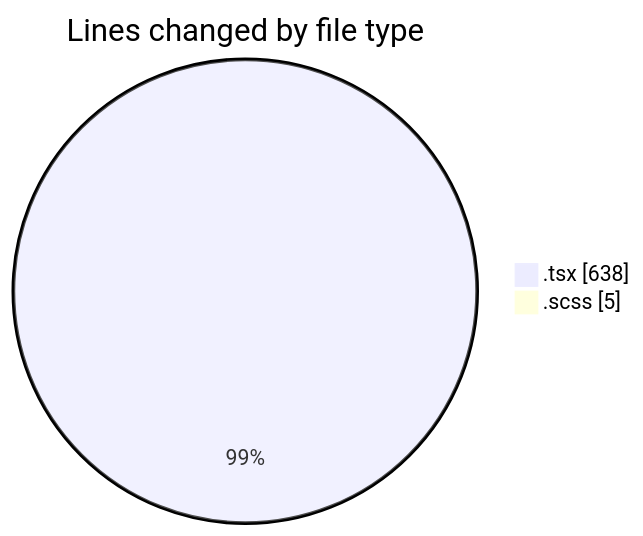
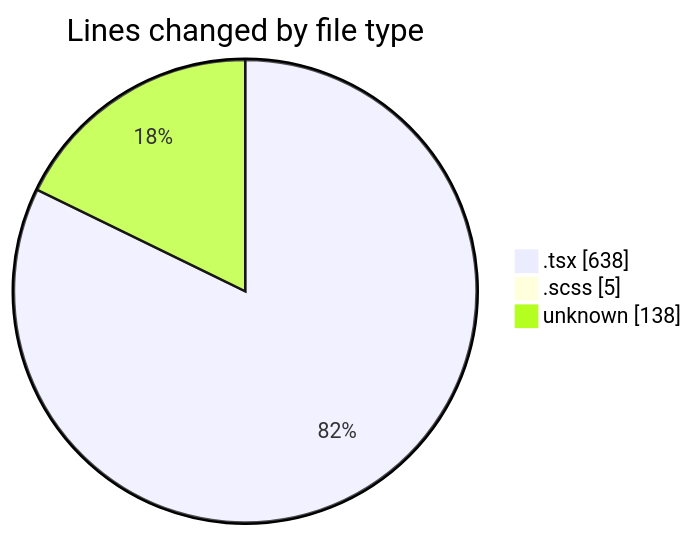
The first of 2 diagrams in 2026-10-13/cda/README.md (momahboobian/code-tracking), drawn with Mermaid before and after one commit. The commit also changed other lines of this file and 1 other file, not shown here.

````diff
--- a/2026-10-13/cda/README.md
+++ b/2026-10-13/cda/README.md
@@ -26,6 +27,7 @@
 ```mermaid
 pie showData
 title Lines changed by file type
 ".tsx" : 638
 ".scss" : 5
+"unknown" : 138
 ```
````
